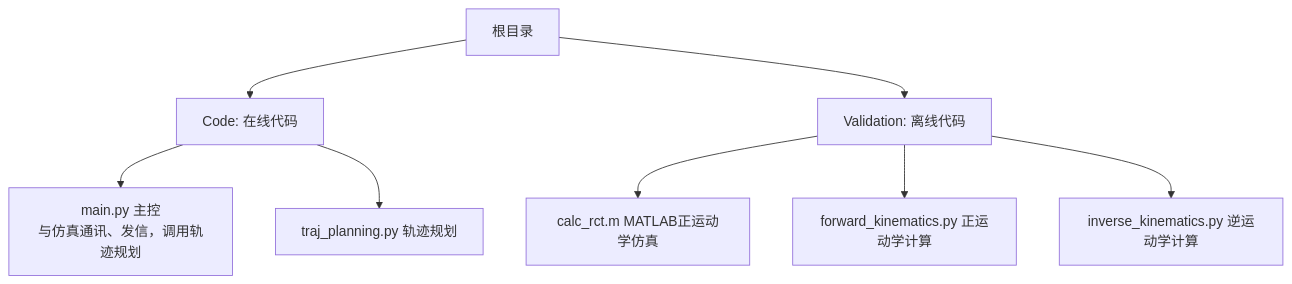
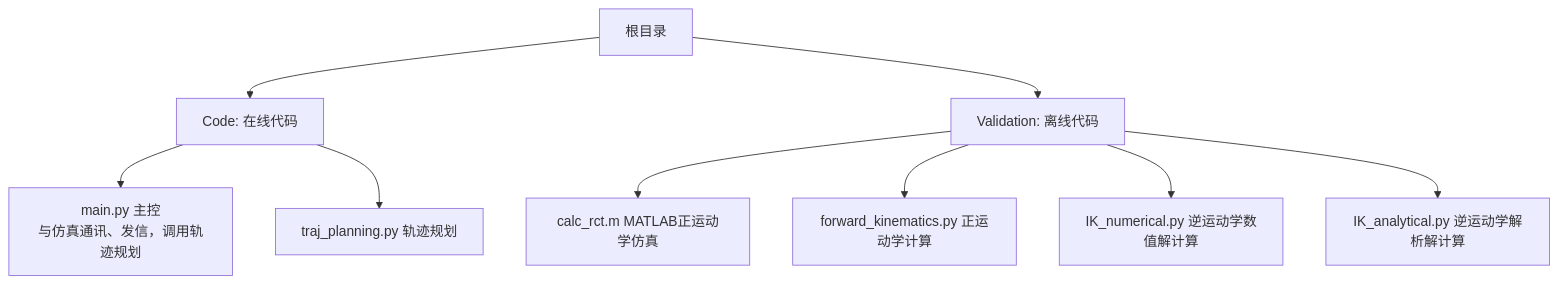
One commit to DrRedTheRed/SpaceBot changed the diagram in README.md. Above: the diagram before and after it, drawn with Mermaid. The commit also changed 6 other files, not shown here.

````diff
--- a/README.md
+++ b/README.md
@@ -3,11 +3,12 @@
 ```mermaid
 graph TD
     A[根目录]
     A --> B[Code: 在线代码]
     B --> B1[main.py 主控<br/>与仿真通讯、发信，调用轨迹规划]
     B --> B2[traj_planning.py 轨迹规划]
     A --> C[Validation: 离线代码]
     C --> C1[calc_rct.m MATLAB正运动学仿真]
     C --> C2[forward_kinematics.py 正运动学计算]
-    C --> C3[inverse_kinematics.py 逆运动学计算]
+    C --> C3[IK_numerical.py 逆运动学数值解计算]
+    C --> C4[IK_analytical.py 逆运动学解析解计算]
 ```
````
